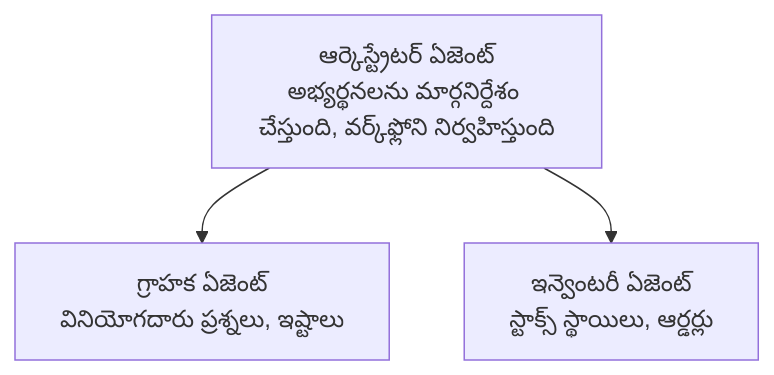
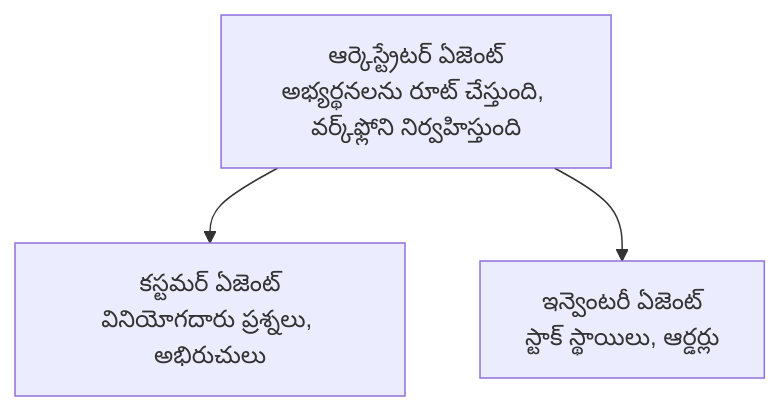
Before and after one commit to microsoft/AZD-for-beginners: the diagram in translations/te/docs/chapter-05-multi-agent/README.md, drawn with Mermaid. The commit also changed other lines of this file and 59 other files, not shown here.

````diff
--- a/translations/te/docs/chapter-05-multi-agent/README.md
+++ b/translations/te/docs/chapter-05-multi-agent/README.md
@@ -54,5 +54,5 @@
 ```mermaid
 graph TD
-    Orchestrator[ఆర్కెస్ట్రేటర్ ఏజెంట్<br/>అభ్యర్థనలను మార్గనిర్దేశం చేస్తుంది, వర్క్‌ఫ్లోని నిర్వహిస్తుంది] --> Customer[గ్రాహక ఏజెంట్<br/>వినియోగదారు ప్రశ్నలు, ఇష్టాలు]
-    Orchestrator --> Inventory[ఇన్వెంటరీ ఏజెంట్<br/>స్టాక్స్ స్థాయిలు, ఆర్డర్లు]
+    Orchestrator[ఆర్కెస్ట్రేటర్ ఏజెంట్<br/>అభ్యర్థనలను రూట్ చేస్తుంది, వర్క్‌ఫ్లోని నిర్వహిస్తుంది] --> Customer[కస్టమర్ ఏజెంట్<br/>వినియోగదారు ప్రశ్నలు, అభిరుచులు]
+    Orchestrator --> Inventory[ఇన్వెంటరీ ఏజెంట్<br/>స్టాక్ స్థాయిలు, ఆర్డర్లు]
 ```
````
